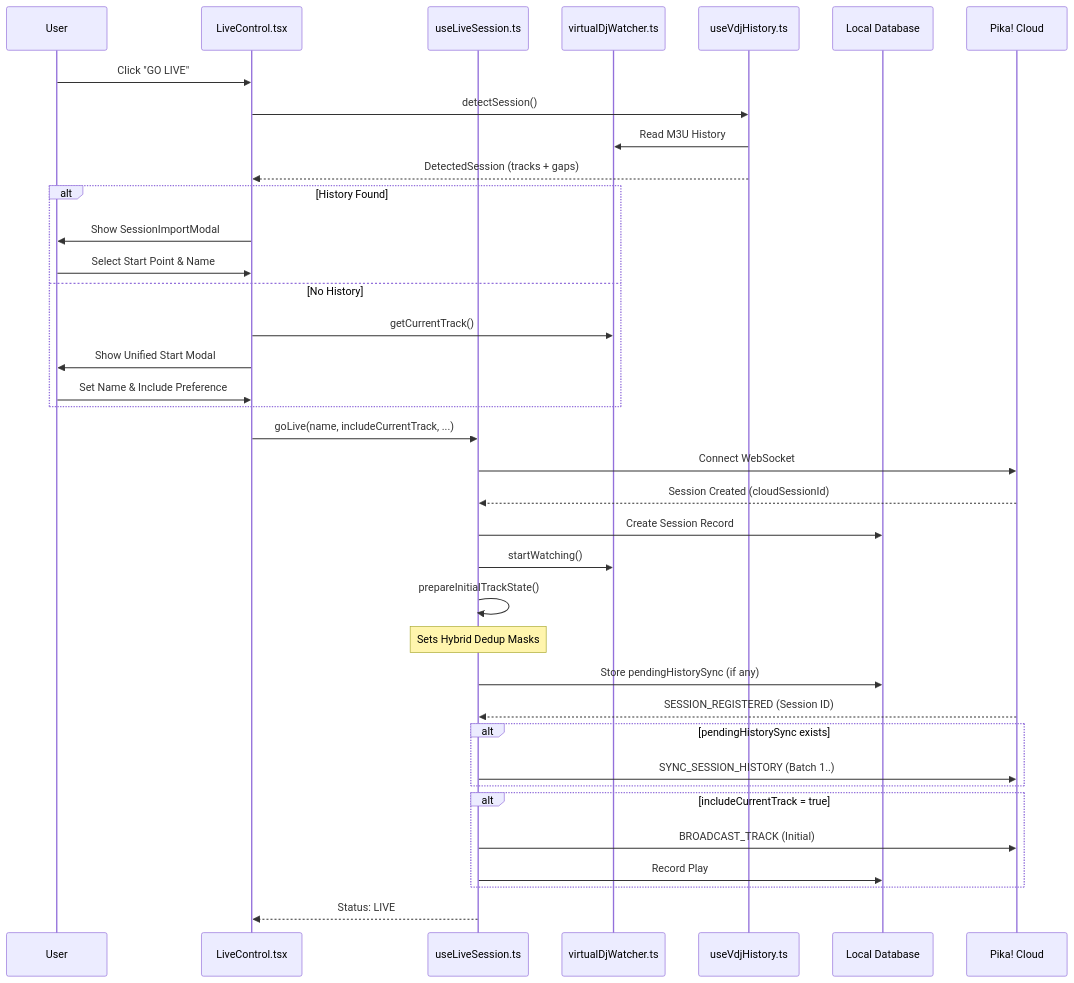
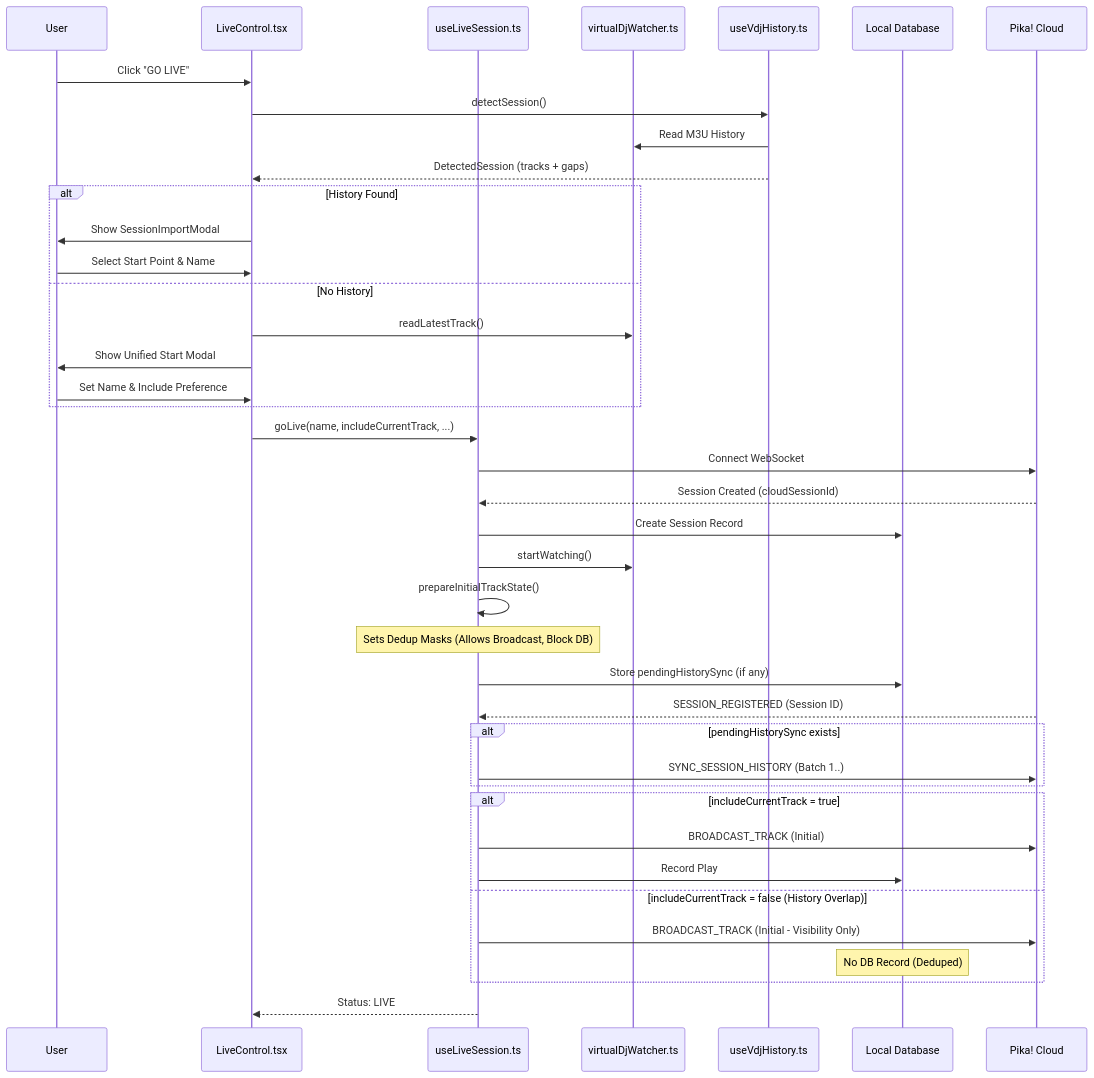
The diagram in docs/architecture/go-live-flow.md (expigo/pika), drawn with Mermaid before and after one commit. The commit also changed other lines of this file and 23 other files, not shown here.

````diff
--- a/docs/architecture/go-live-flow.md
+++ b/docs/architecture/go-live-flow.md
@@ -11,48 +11,51 @@
 ```mermaid
 sequenceDiagram
     participant User
     participant LC as LiveControl.tsx
     participant UL as useLiveSession.ts
     participant VDJ as virtualDjWatcher.ts
     participant VH as useVdjHistory.ts
     participant DB as Local Database
     participant CL as Pika! Cloud
 
     User->>LC: Click "GO LIVE"
     LC->>VH: detectSession()
     VH->>VDJ: Read M3U History
     VH-->>LC: DetectedSession (tracks + gaps)
     
     alt History Found
         LC->>User: Show SessionImportModal
         User->>LC: Select Start Point & Name
     else No History
-        LC->>VDJ: getCurrentTrack()
+        LC->>VDJ: readLatestTrack()
         LC->>User: Show Unified Start Modal
         User->>LC: Set Name & Include Preference
     end
 
     LC->>UL: goLive(name, includeCurrentTrack, ...)
     UL->>CL: Connect WebSocket
     CL-->>UL: Session Created (cloudSessionId)
     UL->>DB: Create Session Record
     UL->>VDJ: startWatching()
     
     UL->>UL: prepareInitialTrackState()
-    Note over UL: Sets Hybrid Dedup Masks
+    Note over UL: Sets Dedup Masks (Allows Broadcast, Block DB)
     
     UL->>DB: Store pendingHistorySync (if any)
     
     CL-->>UL: SESSION_REGISTERED (Session ID)
     
     alt pendingHistorySync exists
         UL->>CL: SYNC_SESSION_HISTORY (Batch 1..)
     end
     
     alt includeCurrentTrack = true
         UL->>CL: BROADCAST_TRACK (Initial)
         UL->>DB: Record Play
+    else includeCurrentTrack = false (History Overlap)
+        UL->>CL: BROADCAST_TRACK (Initial - Visibility Only)
+        Note over DB: No DB Record (Deduped)
     end
 
     UL-->>LC: Status: LIVE
 ```
````
